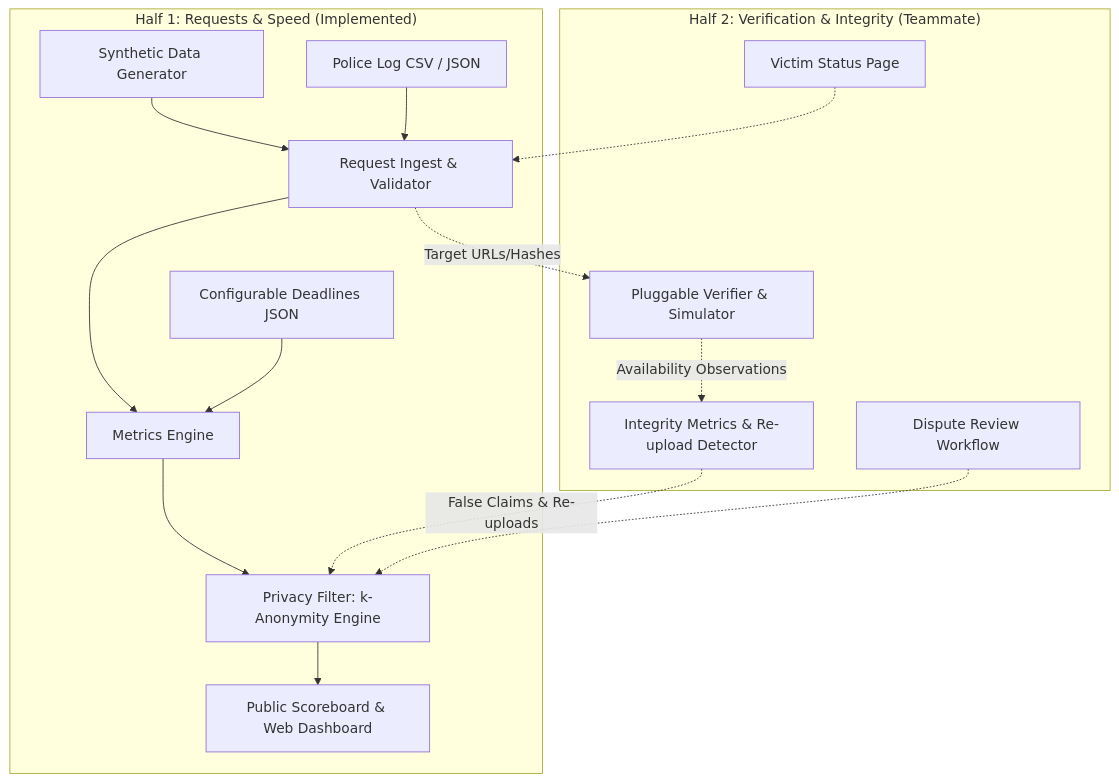
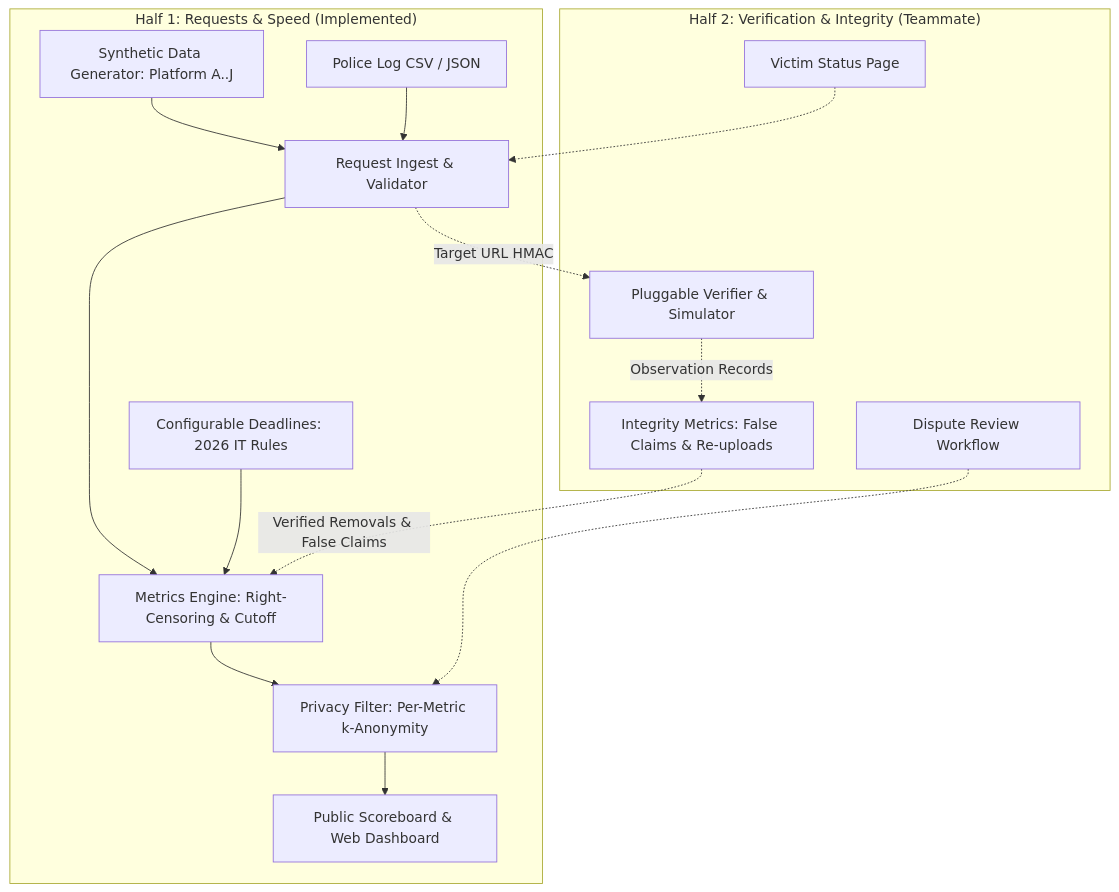
One commit to annkollappallil/takedown-tracking changed the diagram in README.md. Above: the diagram before and after it, drawn with Mermaid. The commit also changed other lines of this file and 16 other files, not shown here.

````diff
--- a/README.md
+++ b/README.md
@@ -23,19 +23,19 @@
 ```mermaid
 flowchart TD
     subgraph Half1["Half 1: Requests & Speed (Implemented)"]
-        GEN[Synthetic Data Generator] --> INGEST[Request Ingest & Validator]
+        GEN[Synthetic Data Generator: Platform A..J] --> INGEST[Request Ingest & Validator]
         POLICE[Police Log CSV / JSON] --> INGEST
-        INGEST --> METRICS[Metrics Engine]
-        CFG[Configurable Deadlines JSON] --> METRICS
-        METRICS --> PRIVACY[Privacy Filter: k-Anonymity Engine]
+        INGEST --> METRICS[Metrics Engine: Right-Censoring & Cutoff]
+        CFG[Configurable Deadlines: 2026 IT Rules] --> METRICS
+        METRICS --> PRIVACY[Privacy Filter: Per-Metric k-Anonymity]
         PRIVACY --> DASH[Public Scoreboard & Web Dashboard]
     end
 
     subgraph Half2["Half 2: Verification & Integrity (Teammate)"]
-        INGEST -.->|Target URLs/Hashes| VERIF[Pluggable Verifier & Simulator]
-        VERIF -.->|Availability Observations| INTEGRITY[Integrity Metrics & Re-upload Detector]
-        INTEGRITY -.->|False Claims & Re-uploads| PRIVACY
+        INGEST -.->|Target URL HMAC| VERIF[Pluggable Verifier & Simulator]
+        VERIF -.->|Observation Records| INTEGRITY[Integrity Metrics: False Claims & Re-uploads]
+        INTEGRITY -.->|Verified Removals & False Claims| METRICS
         DISPUTE[Dispute Review Workflow] -.-> PRIVACY
         VICTIM[Victim Status Page] -.-> INGEST
     end
 ```
````
